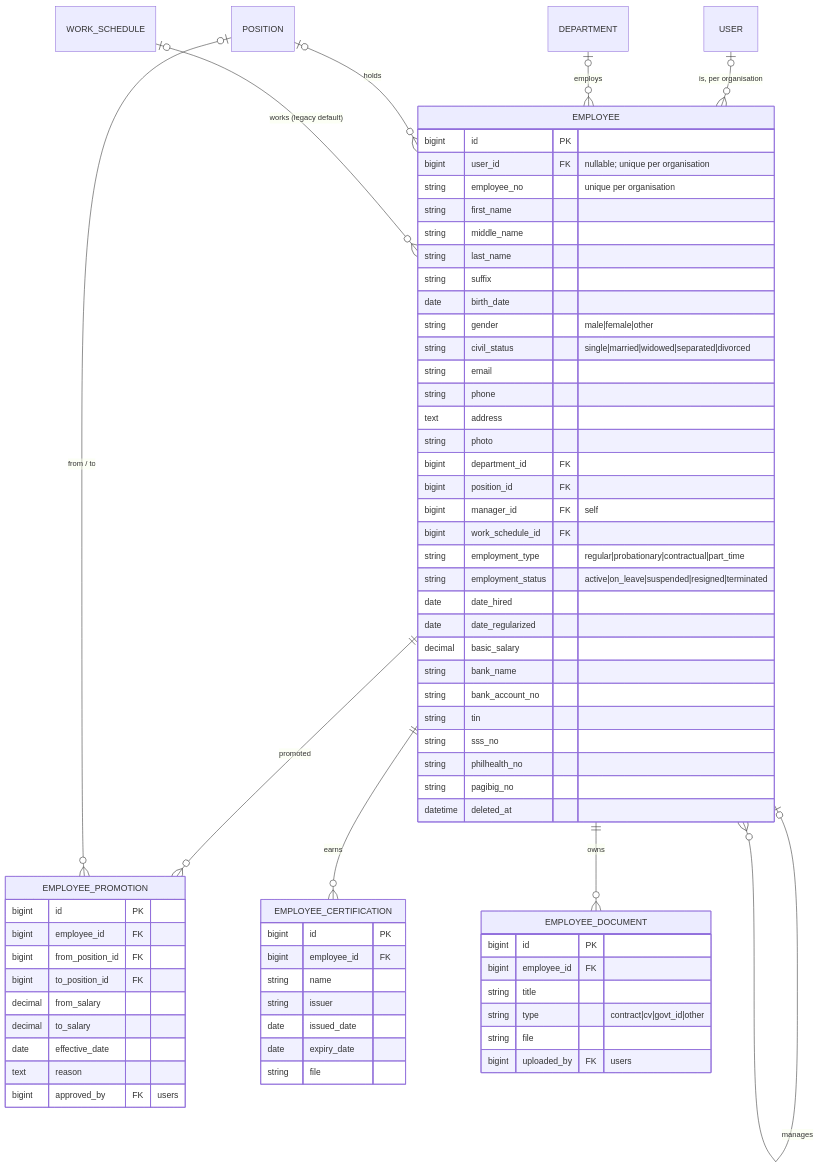
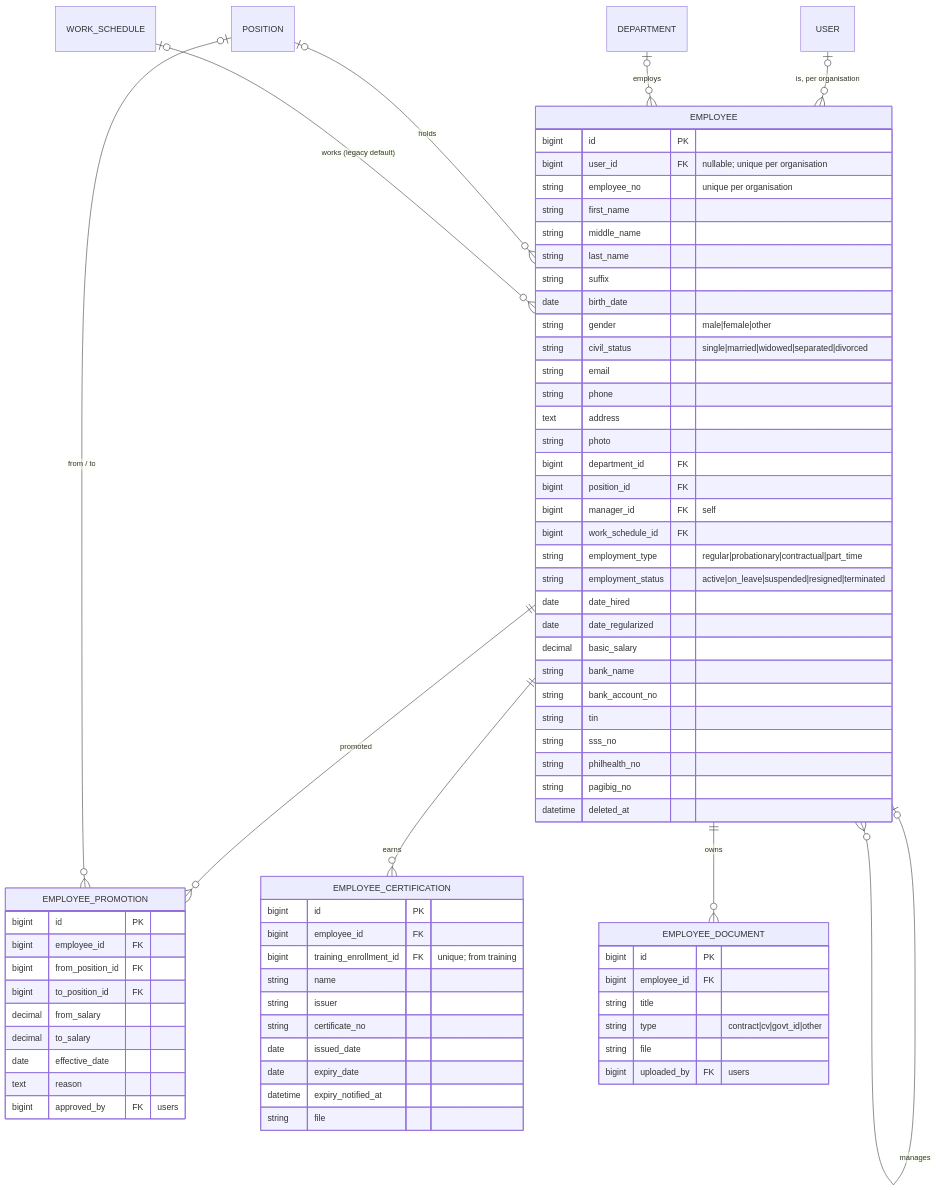
One commit to earlkian8/synapse changed the fourth of 13 diagrams in docs/database/erd.md. Above: the diagram before and after it, drawn with Mermaid. The commit also changed other lines of this file and 111 other files, not shown here.

````diff
--- a/docs/database/erd.md
+++ b/docs/database/erd.md
@@ -512,73 +514,76 @@
 ```mermaid
 erDiagram
     USER |o--o{ EMPLOYEE : "is, per organisation"
     DEPARTMENT |o--o{ EMPLOYEE : employs
     POSITION |o--o{ EMPLOYEE : holds
     WORK_SCHEDULE |o--o{ EMPLOYEE : "works (legacy default)"
     EMPLOYEE |o--o{ EMPLOYEE : manages
     EMPLOYEE ||--o{ EMPLOYEE_PROMOTION : promoted
     POSITION |o--o{ EMPLOYEE_PROMOTION : "from / to"
     EMPLOYEE ||--o{ EMPLOYEE_CERTIFICATION : earns
     EMPLOYEE ||--o{ EMPLOYEE_DOCUMENT : owns
 
     EMPLOYEE {
         bigint id PK
         bigint user_id FK "nullable; unique per organisation"
         string employee_no "unique per organisation"
         string first_name
         string middle_name
         string last_name
         string suffix
         date birth_date
         string gender "male|female|other"
         string civil_status "single|married|widowed|separated|divorced"
         string email
         string phone
         text address
         string photo
         bigint department_id FK
         bigint position_id FK
         bigint manager_id FK "self"
         bigint work_schedule_id FK
         string employment_type "regular|probationary|contractual|part_time"
         string employment_status "active|on_leave|suspended|resigned|terminated"
         date date_hired
         date date_regularized
         decimal basic_salary
         string bank_name
         string bank_account_no
         string tin
         string sss_no
         string philhealth_no
         string pagibig_no
         datetime deleted_at
     }
     EMPLOYEE_PROMOTION {
         bigint id PK
         bigint employee_id FK
         bigint from_position_id FK
         bigint to_position_id FK
         decimal from_salary
         decimal to_salary
         date effective_date
         text reason
         bigint approved_by FK "users"
     }
     EMPLOYEE_CERTIFICATION {
         bigint id PK
         bigint employee_id FK
+        bigint training_enrollment_id FK "unique; from training"
         string name
         string issuer
+        string certificate_no
         date issued_date
         date expiry_date
+        datetime expiry_notified_at
         string file
     }
     EMPLOYEE_DOCUMENT {
         bigint id PK
         bigint employee_id FK
         string title
         string type "contract|cv|govt_id|other"
         string file
         bigint uploaded_by FK "users"
     }
 ```
````
